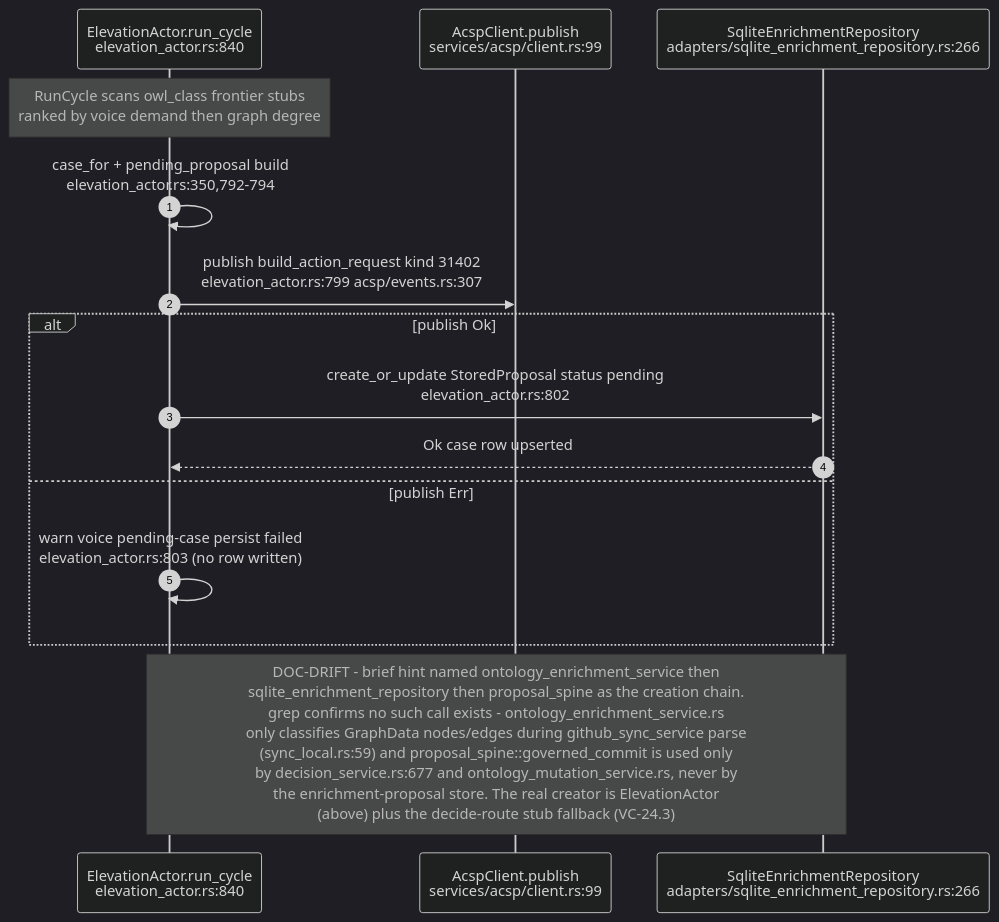
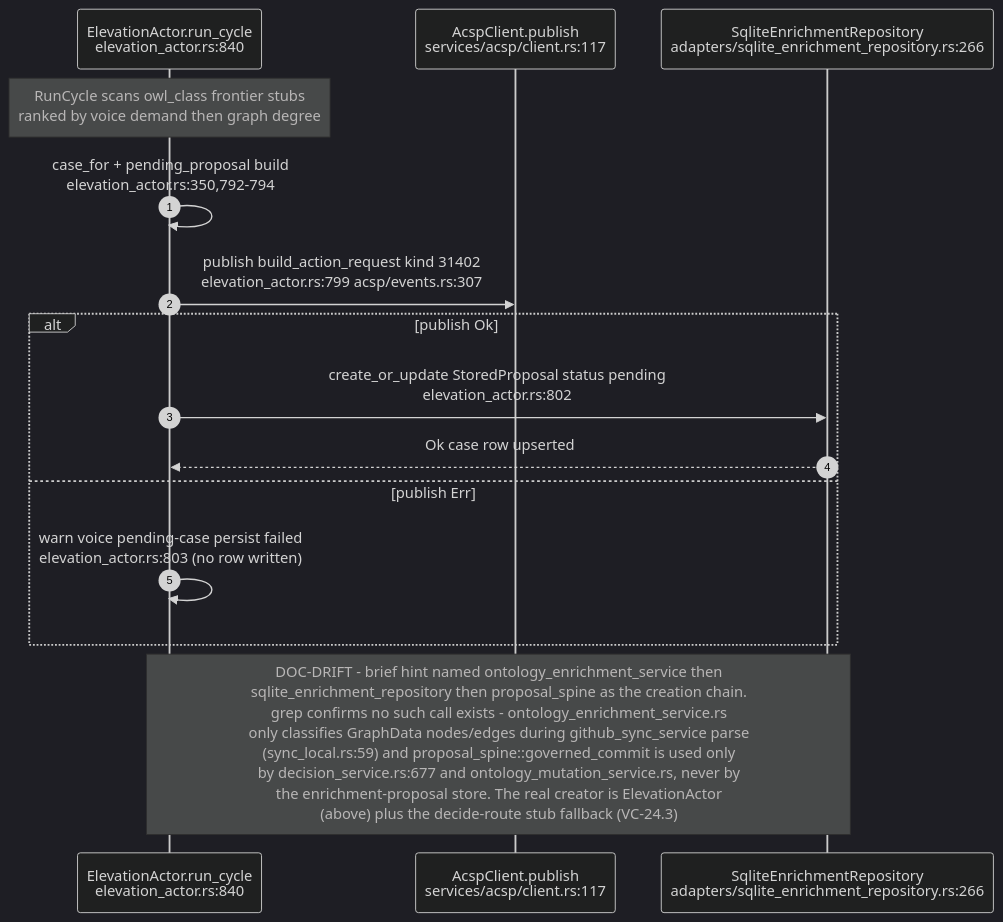
The second of 11 diagrams in docs/diagrams/visionclaw/24-acsp-decision-elevation.md (DreamLab-AI/VisionFlow), drawn with Mermaid (dark theme) before and after one commit. The commit also changed other lines of this file and 51 other files, not shown here.

First line of the commit message:
docs(diagrams): agentbox AB-01..13 re-attested anchor by anchor (980 anchors, 22 defects); checkpoint against an out-of-mesh writer

````diff
--- a/docs/diagrams/visionclaw/24-acsp-decision-elevation.md
+++ b/docs/diagrams/visionclaw/24-acsp-decision-elevation.md
@@ -66,17 +66,17 @@
 ```mermaid
 sequenceDiagram
     autonumber
     participant EA as ElevationActor.run_cycle<br/>elevation_actor.rs:840
-    participant ACSP as AcspClient.publish<br/>services/acsp/client.rs:99
+    participant ACSP as AcspClient.publish<br/>services/acsp/client.rs:117
     participant REPO as SqliteEnrichmentRepository<br/>adapters/sqlite_enrichment_repository.rs:266
     Note over EA: RunCycle scans owl_class frontier stubs<br/>ranked by voice demand then graph degree
     EA->>EA: case_for + pending_proposal build<br/>elevation_actor.rs:350,792-794
     EA->>ACSP: publish build_action_request kind 31402<br/>elevation_actor.rs:799 acsp/events.rs:307
     alt publish Ok
         EA->>REPO: create_or_update StoredProposal status pending<br/>elevation_actor.rs:802
         REPO-->>EA: Ok case row upserted
     else publish Err
         EA->>EA: warn voice pending-case persist failed<br/>elevation_actor.rs:803 (no row written)
     end
     Note over EA,REPO: DOC-DRIFT - brief hint named ontology_enrichment_service then<br/>sqlite_enrichment_repository then proposal_spine as the creation chain.<br/>grep confirms no such call exists - ontology_enrichment_service.rs<br/>only classifies GraphData nodes/edges during github_sync_service parse<br/>(sync_local.rs:59) and proposal_spine::governed_commit is used only<br/>by decision_service.rs:677 and ontology_mutation_service.rs, never by<br/>the enrichment-proposal store. The real creator is ElevationActor<br/>(above) plus the decide-route stub fallback (VC-24.3)
 ```
````
